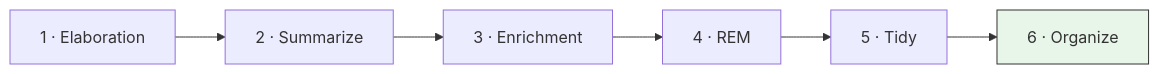
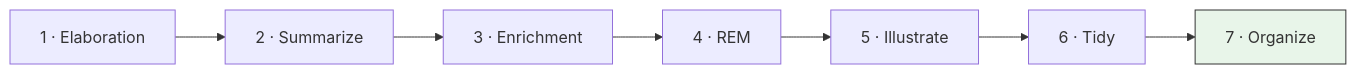
Before and after one commit to dustinkeeton/obsidian-synapse: the third of 12 diagrams in ARCHITECTURE.md, drawn with Mermaid. The commit also changed other lines of this file and 16 other files, not shown here.

````diff
--- a/ARCHITECTURE.md
+++ b/ARCHITECTURE.md
@@ -454,5 +486,5 @@
 ```mermaid
 graph LR
-    Elab["1 · Elaboration"] --> Summ["2 · Summarize"] --> Enrich["3 · Enrichment"] --> Rem["4 · REM"] --> Tidy["5 · Tidy"] --> Org["6 · Organize"]
+    Elab["1 · Elaboration"] --> Summ["2 · Summarize"] --> Enrich["3 · Enrichment"] --> Rem["4 · REM"] --> Ill["5 · Illustrate"] --> Tidy["6 · Tidy"] --> Org["7 · Organize"]
     style Org fill:#e8f5e9,stroke:#333
 ```
````
